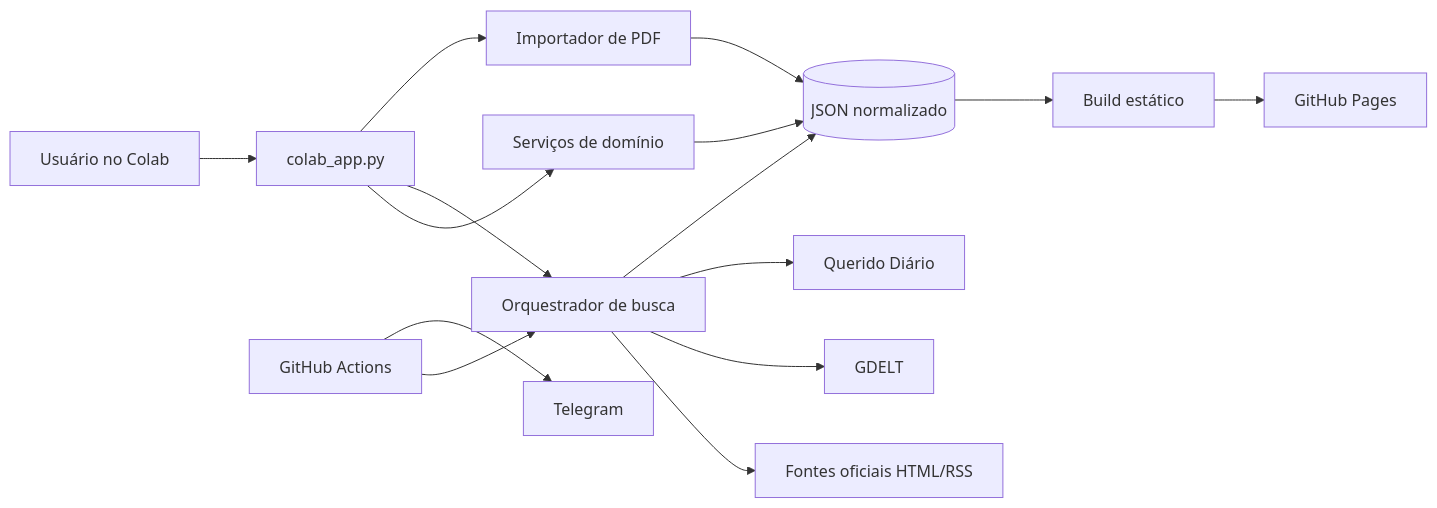
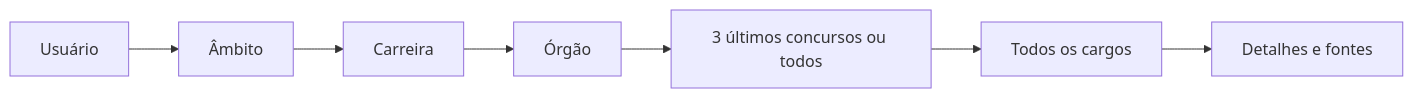
The first of 3 diagrams in documentation/architecture.md (osmarrcs/radar-concursos-ti), drawn with Mermaid before and after one commit. The commit also changed other lines of this file and 14 other files, not shown here.

````diff
--- a/documentation/architecture.md
+++ b/documentation/architecture.md
@@ -5,17 +14,9 @@
 ```mermaid
 flowchart LR
-    U[Usuário no Colab] --> UI[colab_app.py]
-    UI --> S[Serviços de domínio]
-    UI --> O[Orquestrador de busca]
-    UI --> P[Importador de PDF]
-    O --> F[Fontes oficiais HTML/RSS]
-    O --> G[GDELT]
-    O --> Q[Querido Diário]
-    S --> D[(JSON normalizado)]
-    P --> D
-    O --> D
-    D --> B[Build estático]
-    B --> W[GitHub Pages]
-    A[GitHub Actions] --> O
-    A --> T[Telegram]
+  U[Usuário] --> A[Âmbito]
+  A --> C[Carreira]
+  C --> O[Órgão]
+  O --> E[3 últimos concursos ou todos]
+  E --> P[Todos os cargos]
+  P --> D[Detalhes e fontes]
 ```
````
